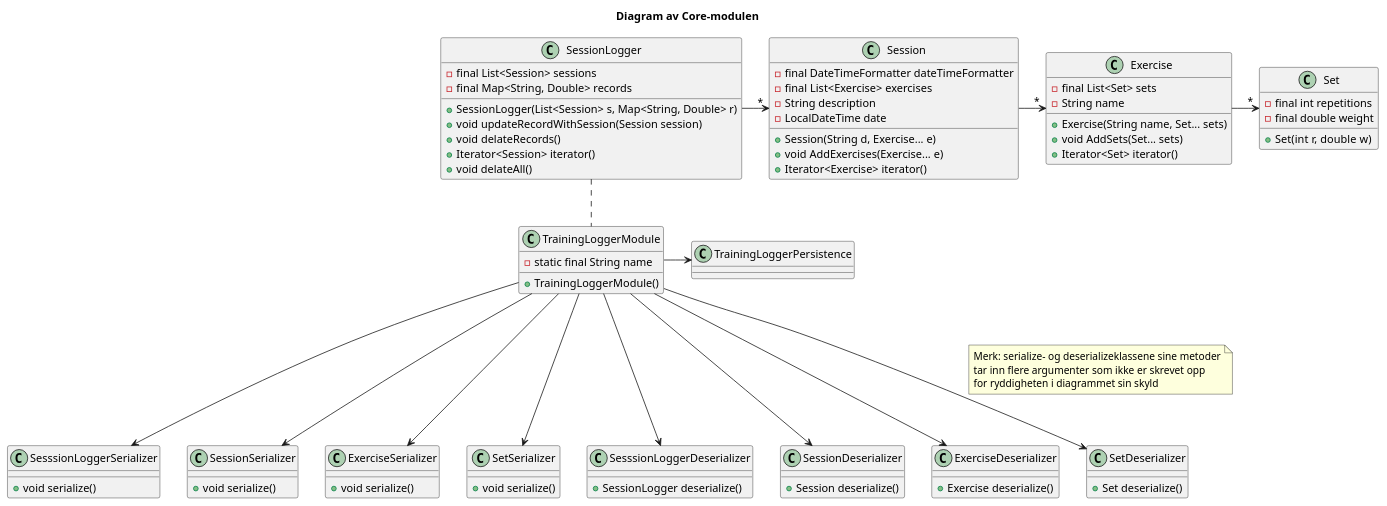
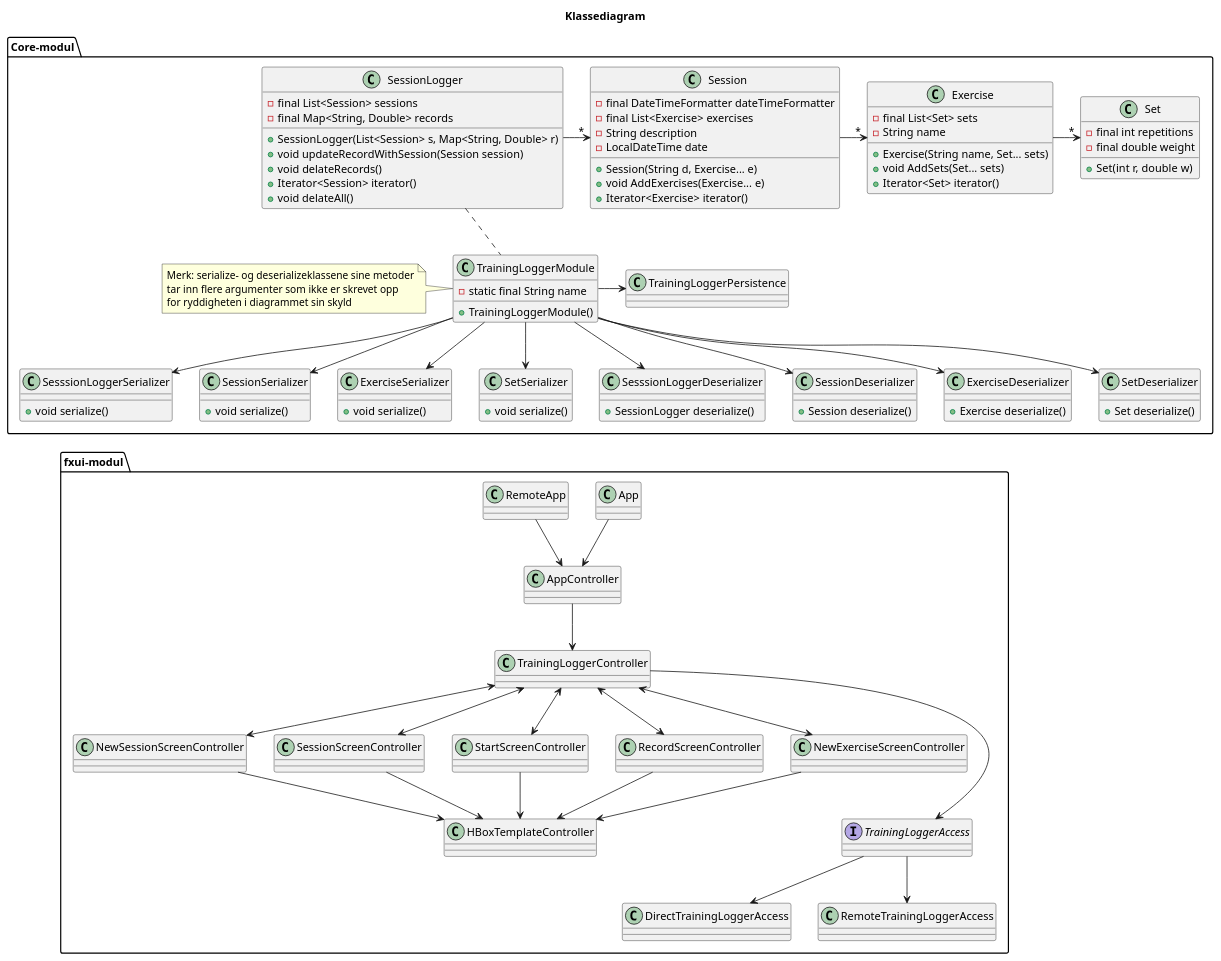
Before and after one commit to jarlsondre/TrainingLogger: the first of 2 diagrams in trainingLogger/README.md, drawn with PlantUML.

Commit message:
Oppdatert utkast til klassediagrammet

````diff
--- a/trainingLogger/README.md
+++ b/trainingLogger/README.md
@@ -7,6 +7,11 @@
 ```plantuml
 
-Title Diagram av Core-modulen
+allow_mixing
+
+Title Klassediagram
+
+
+Package Core-modul {
 
 class Session {
     - final DateTimeFormatter dateTimeFormatter 
@@ -50,6 +55,11 @@
     -static final String name
     +TrainingLoggerModule()
 }
+note left
+    Merk: serialize- og deserializeklassene sine metoder
+    tar inn flere argumenter som ikke er skrevet opp
+    for ryddigheten i diagrammet sin skyld
+end note
 
 class SesssionLoggerSerializer {
     +void serialize()
@@ -80,19 +90,15 @@
 
 
 
-TrainingLoggerModule ---> SesssionLoggerSerializer
-TrainingLoggerModule ---> SessionSerializer
-TrainingLoggerModule ---> ExerciseSerializer
-TrainingLoggerModule ---> SetSerializer
-TrainingLoggerModule ---> SesssionLoggerDeserializer
-TrainingLoggerModule ---> SessionDeserializer
-TrainingLoggerModule ---> ExerciseDeserializer
-TrainingLoggerModule ---> SetDeserializer
-note right on link
-    Merk: serialize- og deserializeklassene sine metoder
-    tar inn flere argumenter som ikke er skrevet opp
-    for ryddigheten i diagrammet sin skyld
-end note
+TrainingLoggerModule --> SesssionLoggerSerializer
+TrainingLoggerModule --> SessionSerializer
+TrainingLoggerModule --> ExerciseSerializer
+TrainingLoggerModule --> SetSerializer
+TrainingLoggerModule --> SesssionLoggerDeserializer
+TrainingLoggerModule --> SessionDeserializer
+TrainingLoggerModule --> ExerciseDeserializer
+TrainingLoggerModule --> SetDeserializer
+
 
 
 SessionLogger -> "*" Session
@@ -102,4 +108,52 @@
 Exercise -> "*" Set
 
 
+}
+
+
+
+Package fxui-modul {
+
+
+Class App
+Class AppController
+Class DirectTrainingLoggerAccess
+Class HBoxTemplateController
+Class NewSessionScreenController
+Class SessionScreenController
+Class StartScreenController
+Class RecordScreenController
+Class NewExerciseScreenController
+Class RemoteTrainingLoggerAccess
+Class RemoteApp
+Interface TrainingLoggerAccess
+Class TrainingLoggerController
+
+App --> AppController
+RemoteApp --> AppController
+
+AppController --> TrainingLoggerController
+
+TrainingLoggerController <--> StartScreenController
+TrainingLoggerController <--> NewSessionScreenController
+TrainingLoggerController <--> NewExerciseScreenController
+TrainingLoggerController <--> SessionScreenController
+TrainingLoggerController <--> RecordScreenController
+TrainingLoggerController ---> TrainingLoggerAccess
+
+TrainingLoggerAccess --> RemoteTrainingLoggerAccess
+TrainingLoggerAccess --> DirectTrainingLoggerAccess
+
+
+RecordScreenController --> HBoxTemplateController
+StartScreenController --> HBoxTemplateController
+NewSessionScreenController --> HBoxTemplateController
+SessionScreenController --> HBoxTemplateController
+NewExerciseScreenController --> HBoxTemplateController
+
+}
+
+SetSerializer -[hidden]down- RemoteApp
+
+
 ```
````
